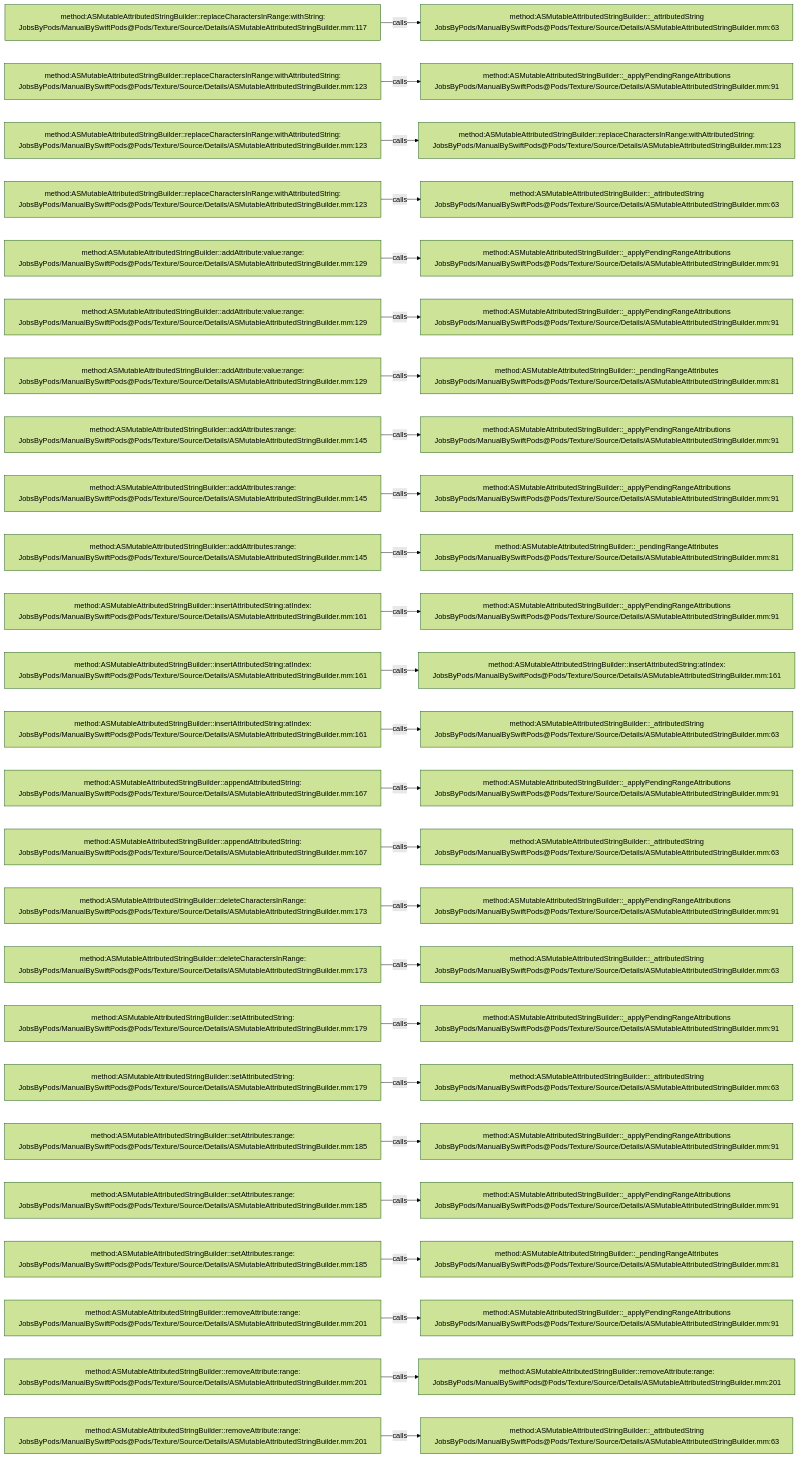
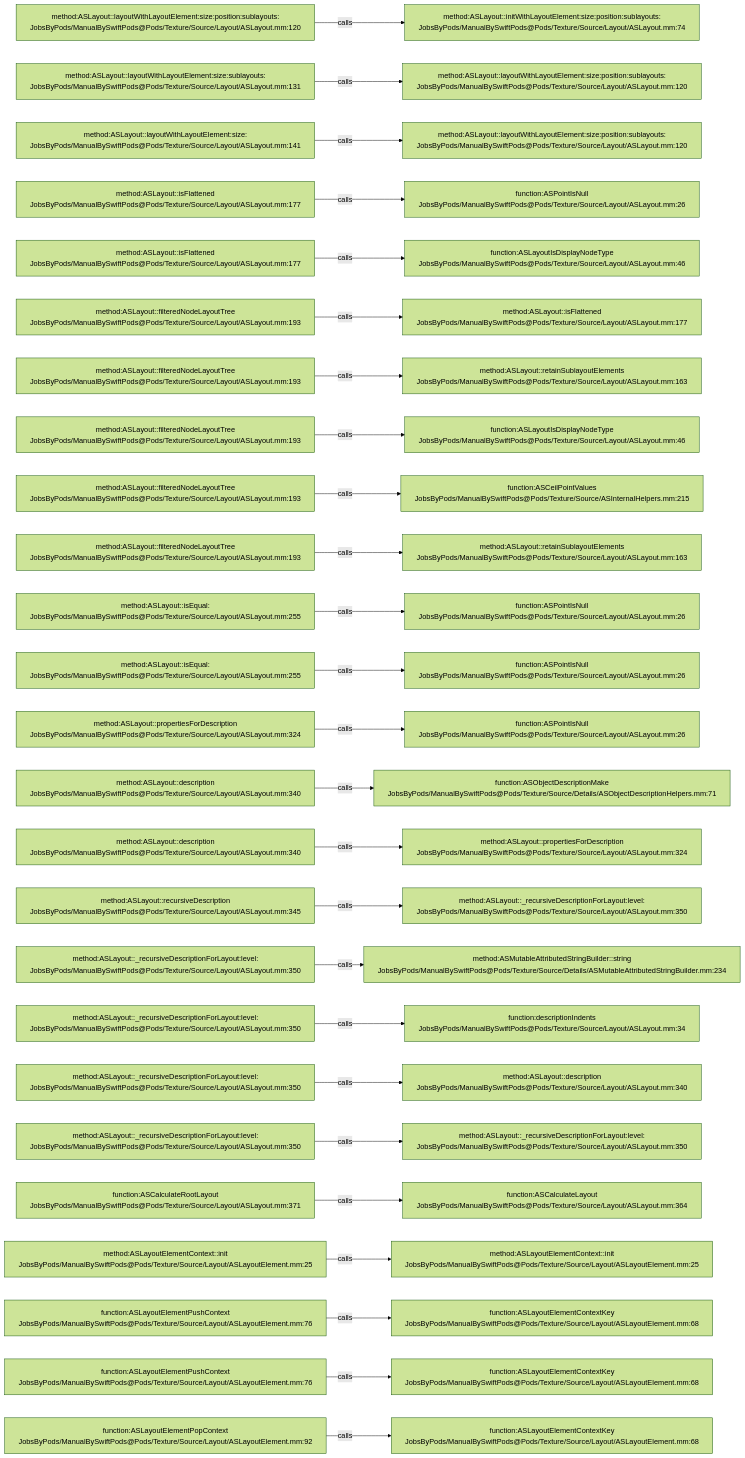
The diagram in .codegraph/codegraph.md/graphs/calls-109.md (JobsKits/JobsSwiftBaseConfigDemo), drawn with Mermaid (forest theme) before and after one commit. The commit also changed 832 other files, not shown here.

````diff
--- a/.codegraph/codegraph.md/graphs/calls-109.md
+++ b/.codegraph/codegraph.md/graphs/calls-109.md
@@ -13,78 +13,78 @@
 ```mermaid
 flowchart LR
-  S1["method:ASMutableAttributedStringBuilder::replaceCharactersInRange:withString:<br/>JobsByPods/ManualBySwiftPods@Pods/Texture/Source/Details/ASMutableAttributedStringBuilder.mm:117"]
-  T1["method:ASMutableAttributedStringBuilder::_attributedString<br/>JobsByPods/ManualBySwiftPods@Pods/Texture/Source/Details/ASMutableAttributedStringBuilder.mm:63"]
+  S1["method:ASLayout::layoutWithLayoutElement:size:position:sublayouts:<br/>JobsByPods/ManualBySwiftPods@Pods/Texture/Source/Layout/ASLayout.mm:120"]
+  T1["method:ASLayout::initWithLayoutElement:size:position:sublayouts:<br/>JobsByPods/ManualBySwiftPods@Pods/Texture/Source/Layout/ASLayout.mm:74"]
   S1 -->|calls| T1
-  S2["method:ASMutableAttributedStringBuilder::replaceCharactersInRange:withAttributedString:<br/>JobsByPods/ManualBySwiftPods@Pods/Texture/Source/Details/ASMutableAttributedStringBuilder.mm:123"]
-  T2["method:ASMutableAttributedStringBuilder::_applyPendingRangeAttributions<br/>JobsByPods/ManualBySwiftPods@Pods/Texture/Source/Details/ASMutableAttributedStringBuilder.mm:91"]
+  S2["method:ASLayout::layoutWithLayoutElement:size:sublayouts:<br/>JobsByPods/ManualBySwiftPods@Pods/Texture/Source/Layout/ASLayout.mm:131"]
+  T2["method:ASLayout::layoutWithLayoutElement:size:position:sublayouts:<br/>JobsByPods/ManualBySwiftPods@Pods/Texture/Source/Layout/ASLayout.mm:120"]
   S2 -->|calls| T2
-  S3["method:ASMutableAttributedStringBuilder::replaceCharactersInRange:withAttributedString:<br/>JobsByPods/ManualBySwiftPods@Pods/Texture/Source/Details/ASMutableAttributedStringBuilder.mm:123"]
-  T3["method:ASMutableAttributedStringBuilder::replaceCharactersInRange:withAttributedString:<br/>JobsByPods/ManualBySwiftPods@Pods/Texture/Source/Details/ASMutableAttributedStringBuilder.mm:123"]
+  S3["method:ASLayout::layoutWithLayoutElement:size:<br/>JobsByPods/ManualBySwiftPods@Pods/Texture/Source/Layout/ASLayout.mm:141"]
+  T3["method:ASLayout::layoutWithLayoutElement:size:position:sublayouts:<br/>JobsByPods/ManualBySwiftPods@Pods/Texture/Source/Layout/ASLayout.mm:120"]
   S3 -->|calls| T3
-  S4["method:ASMutableAttributedStringBuilder::replaceCharactersInRange:withAttributedString:<br/>JobsByPods/ManualBySwiftPods@Pods/Texture/Source/Details/ASMutableAttributedStringBuilder.mm:123"]
-  T4["method:ASMutableAttributedStringBuilder::_attributedString<br/>JobsByPods/ManualBySwiftPods@Pods/Texture/Source/Details/ASMutableAttributedStringBuilder.mm:63"]
+  S4["method:ASLayout::isFlattened<br/>JobsByPods/ManualBySwiftPods@Pods/Texture/Source/Layout/ASLayout.mm:177"]
+  T4["function:ASPointIsNull<br/>JobsByPods/ManualBySwiftPods@Pods/Texture/Source/Layout/ASLayout.mm:26"]
   S4 -->|calls| T4
-  S5["method:ASMutableAttributedStringBuilder::addAttribute:value:range:<br/>JobsByPods/ManualBySwiftPods@Pods/Texture/Source/Details/ASMutableAttributedStringBuilder.mm:129"]
-  T5["method:ASMutableAttributedStringBuilder::_applyPendingRangeAttributions<br/>JobsByPods/ManualBySwiftPods@Pods/Texture/Source/Details/ASMutableAttributedStringBuilder.mm:91"]
+  S5["method:ASLayout::isFlattened<br/>JobsByPods/ManualBySwiftPods@Pods/Texture/Source/Layout/ASLayout.mm:177"]
+  T5["function:ASLayoutIsDisplayNodeType<br/>JobsByPods/ManualBySwiftPods@Pods/Texture/Source/Layout/ASLayout.mm:46"]
   S5 -->|calls| T5
-  S6["method:ASMutableAttributedStringBuilder::addAttribute:value:range:<br/>JobsByPods/ManualBySwiftPods@Pods/Texture/Source/Details/ASMutableAttributedStringBuilder.mm:129"]
-  T6["method:ASMutableAttributedStringBuilder::_applyPendingRangeAttributions<br/>JobsByPods/ManualBySwiftPods@Pods/Texture/Source/Details/ASMutableAttributedStringBuilder.mm:91"]
+  S6["method:ASLayout::filteredNodeLayoutTree<br/>JobsByPods/ManualBySwiftPods@Pods/Texture/Source/Layout/ASLayout.mm:193"]
+  T6["method:ASLayout::isFlattened<br/>JobsByPods/ManualBySwiftPods@Pods/Texture/Source/Layout/ASLayout.mm:177"]
   S6 -->|calls| T6
-  S7["method:ASMutableAttributedStringBuilder::addAttribute:value:range:<br/>JobsByPods/ManualBySwiftPods@Pods/Texture/Source/Details/ASMutableAttributedStringBuilder.mm:129"]
-  T7["method:ASMutableAttributedStringBuilder::_pendingRangeAttributes<br/>JobsByPods/ManualBySwiftPods@Pods/Texture/Source/Details/ASMutableAttributedStringBuilder.mm:81"]
+  S7["method:ASLayout::filteredNodeLayoutTree<br/>JobsByPods/ManualBySwiftPods@Pods/Texture/Source/Layout/ASLayout.mm:193"]
+  T7["method:ASLayout::retainSublayoutElements<br/>JobsByPods/ManualBySwiftPods@Pods/Texture/Source/Layout/ASLayout.mm:163"]
   S7 -->|calls| T7
-  S8["method:ASMutableAttributedStringBuilder::addAttributes:range:<br/>JobsByPods/ManualBySwiftPods@Pods/Texture/Source/Details/ASMutableAttributedStringBuilder.mm:145"]
-  T8["method:ASMutableAttributedStringBuilder::_applyPendingRangeAttributions<br/>JobsByPods/ManualBySwiftPods@Pods/Texture/Source/Details/ASMutableAttributedStringBuilder.mm:91"]
+  S8["method:ASLayout::filteredNodeLayoutTree<br/>JobsByPods/ManualBySwiftPods@Pods/Texture/Source/Layout/ASLayout.mm:193"]
+  T8["function:ASLayoutIsDisplayNodeType<br/>JobsByPods/ManualBySwiftPods@Pods/Texture/Source/Layout/ASLayout.mm:46"]
   S8 -->|calls| T8
-  S9["method:ASMutableAttributedStringBuilder::addAttributes:range:<br/>JobsByPods/ManualBySwiftPods@Pods/Texture/Source/Details/ASMutableAttributedStringBuilder.mm:145"]
-  T9["method:ASMutableAttributedStringBuilder::_applyPendingRangeAttributions<br/>JobsByPods/ManualBySwiftPods@Pods/Texture/Source/Details/ASMutableAttributedStringBuilder.mm:91"]
+  S9["method:ASLayout::filteredNodeLayoutTree<br/>JobsByPods/ManualBySwiftPods@Pods/Texture/Source/Layout/ASLayout.mm:193"]
+  T9["function:ASCeilPointValues<br/>JobsByPods/ManualBySwiftPods@Pods/Texture/Source/ASInternalHelpers.mm:215"]
   S9 -->|calls| T9
-  S10["method:ASMutableAttributedStringBuilder::addAttributes:range:<br/>JobsByPods/ManualBySwiftPods@Pods/Texture/Source/Details/ASMutableAttributedStringBuilder.mm:145"]
-  T10["method:ASMutableAttributedStringBuilder::_pendingRangeAttributes<br/>JobsByPods/ManualBySwiftPods@Pods/Texture/Source/Details/ASMutableAttributedStringBuilder.mm:81"]
+  S10["method:ASLayout::filteredNodeLayoutTree<br/>JobsByPods/ManualBySwiftPods@Pods/Texture/Source/Layout/ASLayout.mm:193"]
+  T10["method:ASLayout::retainSublayoutElements<br/>JobsByPods/ManualBySwiftPods@Pods/Texture/Source/Layout/ASLayout.mm:163"]
   S10 -->|calls| T10
-  S11["method:ASMutableAttributedStringBuilder::insertAttributedString:atIndex:<br/>JobsByPods/ManualBySwiftPods@Pods/Texture/Source/Details/ASMutableAttributedStringBuilder.mm:161"]
-  T11["method:ASMutableAttributedStringBuilder::_applyPendingRangeAttributions<br/>JobsByPods/ManualBySwiftPods@Pods/Texture/Source/Details/ASMutableAttributedStringBuilder.mm:91"]
+  S11["method:ASLayout::isEqual:<br/>JobsByPods/ManualBySwiftPods@Pods/Texture/Source/Layout/ASLayout.mm:255"]
+  T11["function:ASPointIsNull<br/>JobsByPods/ManualBySwiftPods@Pods/Texture/Source/Layout/ASLayout.mm:26"]
   S11 -->|calls| T11
-  S12["method:ASMutableAttributedStringBuilder::insertAttributedString:atIndex:<br/>JobsByPods/ManualBySwiftPods@Pods/Texture/Source/Details/ASMutableAttributedStringBuilder.mm:161"]
-  T12["method:ASMutableAttributedStringBuilder::insertAttributedString:atIndex:<br/>JobsByPods/ManualBySwiftPods@Pods/Texture/Source/Details/ASMutableAttributedStringBuilder.mm:161"]
+  S12["method:ASLayout::isEqual:<br/>JobsByPods/ManualBySwiftPods@Pods/Texture/Source/Layout/ASLayout.mm:255"]
+  T12["function:ASPointIsNull<br/>JobsByPods/ManualBySwiftPods@Pods/Texture/Source/Layout/ASLayout.mm:26"]
   S12 -->|calls| T12
-  S13["method:ASMutableAttributedStringBuilder::insertAttributedString:atIndex:<br/>JobsByPods/ManualBySwiftPods@Pods/Texture/Source/Details/ASMutableAttributedStringBuilder.mm:161"]
-  T13["method:ASMutableAttributedStringBuilder::_attributedString<br/>JobsByPods/ManualBySwiftPods@Pods/Texture/Source/Details/ASMutableAttributedStringBuilder.mm:63"]
+  S13["method:ASLayout::propertiesForDescription<br/>JobsByPods/ManualBySwiftPods@Pods/Texture/Source/Layout/ASLayout.mm:324"]
+  T13["function:ASPointIsNull<br/>JobsByPods/ManualBySwiftPods@Pods/Texture/Source/Layout/ASLayout.mm:26"]
   S13 -->|calls| T13
-  S14["method:ASMutableAttributedStringBuilder::appendAttributedString:<br/>JobsByPods/ManualBySwiftPods@Pods/Texture/Source/Details/ASMutableAttributedStringBuilder.mm:167"]
-  T14["method:ASMutableAttributedStringBuilder::_applyPendingRangeAttributions<br/>JobsByPods/ManualBySwiftPods@Pods/Texture/Source/Details/ASMutableAttributedStringBuilder.mm:91"]
+  S14["method:ASLayout::description<br/>JobsByPods/ManualBySwiftPods@Pods/Texture/Source/Layout/ASLayout.mm:340"]
+  T14["function:ASObjectDescriptionMake<br/>JobsByPods/ManualBySwiftPods@Pods/Texture/Source/Details/ASObjectDescriptionHelpers.mm:71"]
   S14 -->|calls| T14
-  S15["method:ASMutableAttributedStringBuilder::appendAttributedString:<br/>JobsByPods/ManualBySwiftPods@Pods/Texture/Source/Details/ASMutableAttributedStringBuilder.mm:167"]
-  T15["method:ASMutableAttributedStringBuilder::_attributedString<br/>JobsByPods/ManualBySwiftPods@Pods/Texture/Source/Details/ASMutableAttributedStringBuilder.mm:63"]
+  S15["method:ASLayout::description<br/>JobsByPods/ManualBySwiftPods@Pods/Texture/Source/Layout/ASLayout.mm:340"]
+  T15["method:ASLayout::propertiesForDescription<br/>JobsByPods/ManualBySwiftPods@Pods/Texture/Source/Layout/ASLayout.mm:324"]
   S15 -->|calls| T15
-  S16["method:ASMutableAttributedStringBuilder::deleteCharactersInRange:<br/>JobsByPods/ManualBySwiftPods@Pods/Texture/Source/Details/ASMutableAttributedStringBuilder.mm:173"]
-  T16["method:ASMutableAttributedStringBuilder::_applyPendingRangeAttributions<br/>JobsByPods/ManualBySwiftPods@Pods/Texture/Source/Details/ASMutableAttributedStringBuilder.mm:91"]
+  S16["method:ASLayout::recursiveDescription<br/>JobsByPods/ManualBySwiftPods@Pods/Texture/Source/Layout/ASLayout.mm:345"]
+  T16["method:ASLayout::_recursiveDescriptionForLayout:level:<br/>JobsByPods/ManualBySwiftPods@Pods/Texture/Source/Layout/ASLayout.mm:350"]
   S16 -->|calls| T16
-  S17["method:ASMutableAttributedStringBuilder::deleteCharactersInRange:<br/>JobsByPods/ManualBySwiftPods@Pods/Texture/Source/Details/ASMutableAttributedStringBuilder.mm:173"]
-  T17["method:ASMutableAttributedStringBuilder::_attributedString<br/>JobsByPods/ManualBySwiftPods@Pods/Texture/Source/Details/ASMutableAttributedStringBuilder.mm:63"]
+  S17["method:ASLayout::_recursiveDescriptionForLayout:level:<br/>JobsByPods/ManualBySwiftPods@Pods/Texture/Source/Layout/ASLayout.mm:350"]
+  T17["method:ASMutableAttributedStringBuilder::string<br/>JobsByPods/ManualBySwiftPods@Pods/Texture/Source/Details/ASMutableAttributedStringBuilder.mm:234"]
   S17 -->|calls| T17
-  S18["method:ASMutableAttributedStringBuilder::setAttributedString:<br/>JobsByPods/ManualBySwiftPods@Pods/Texture/Source/Details/ASMutableAttributedStringBuilder.mm:179"]
-  T18["method:ASMutableAttributedStringBuilder::_applyPendingRangeAttributions<br/>JobsByPods/ManualBySwiftPods@Pods/Texture/Source/Details/ASMutableAttributedStringBuilder.mm:91"]
+  S18["method:ASLayout::_recursiveDescriptionForLayout:level:<br/>JobsByPods/ManualBySwiftPods@Pods/Texture/Source/Layout/ASLayout.mm:350"]
+  T18["function:descriptionIndents<br/>JobsByPods/ManualBySwiftPods@Pods/Texture/Source/Layout/ASLayout.mm:34"]
   S18 -->|calls| T18
-  S19["method:ASMutableAttributedStringBuilder::setAttributedString:<br/>JobsByPods/ManualBySwiftPods@Pods/Texture/Source/Details/ASMutableAttributedStringBuilder.mm:179"]
-  T19["method:ASMutableAttributedStringBuilder::_attributedString<br/>JobsByPods/ManualBySwiftPods@Pods/Texture/Source/Details/ASMutableAttributedStringBuilder.mm:63"]
+  S19["method:ASLayout::_recursiveDescriptionForLayout:level:<br/>JobsByPods/ManualBySwiftPods@Pods/Texture/Source/Layout/ASLayout.mm:350"]
+  T19["method:ASLayout::description<br/>JobsByPods/ManualBySwiftPods@Pods/Texture/Source/Layout/ASLayout.mm:340"]
   S19 -->|calls| T19
-  S20["method:ASMutableAttributedStringBuilder::setAttributes:range:<br/>JobsByPods/ManualBySwiftPods@Pods/Texture/Source/Details/ASMutableAttributedStringBuilder.mm:185"]
-  T20["method:ASMutableAttributedStringBuilder::_applyPendingRangeAttributions<br/>JobsByPods/ManualBySwiftPods@Pods/Texture/Source/Details/ASMutableAttributedStringBuilder.mm:91"]
+  S20["method:ASLayout::_recursiveDescriptionForLayout:level:<br/>JobsByPods/ManualBySwiftPods@Pods/Texture/Source/Layout/ASLayout.mm:350"]
+  T20["method:ASLayout::_recursiveDescriptionForLayout:level:<br/>JobsByPods/ManualBySwiftPods@Pods/Texture/Source/Layout/ASLayout.mm:350"]
   S20 -->|calls| T20
-  S21["method:ASMutableAttributedStringBuilder::setAttributes:range:<br/>JobsByPods/ManualBySwiftPods@Pods/Texture/Source/Details/ASMutableAttributedStringBuilder.mm:185"]
-  T21["method:ASMutableAttributedStringBuilder::_applyPendingRangeAttributions<br/>JobsByPods/ManualBySwiftPods@Pods/Texture/Source/Details/ASMutableAttributedStringBuilder.mm:91"]
+  S21["function:ASCalculateRootLayout<br/>JobsByPods/ManualBySwiftPods@Pods/Texture/Source/Layout/ASLayout.mm:371"]
+  T21["function:ASCalculateLayout<br/>JobsByPods/ManualBySwiftPods@Pods/Texture/Source/Layout/ASLayout.mm:364"]
   S21 -->|calls| T21
-  S22["method:ASMutableAttributedStringBuilder::setAttributes:range:<br/>JobsByPods/ManualBySwiftPods@Pods/Texture/Source/Details/ASMutableAttributedStringBuilder.mm:185"]
-  T22["method:ASMutableAttributedStringBuilder::_pendingRangeAttributes<br/>JobsByPods/ManualBySwiftPods@Pods/Texture/Source/Details/ASMutableAttributedStringBuilder.mm:81"]
+  S22["method:ASLayoutElementContext::init<br/>JobsByPods/ManualBySwiftPods@Pods/Texture/Source/Layout/ASLayoutElement.mm:25"]
+  T22["method:ASLayoutElementContext::init<br/>JobsByPods/ManualBySwiftPods@Pods/Texture/Source/Layout/ASLayoutElement.mm:25"]
   S22 -->|calls| T22
-  S23["method:ASMutableAttributedStringBuilder::removeAttribute:range:<br/>JobsByPods/ManualBySwiftPods@Pods/Texture/Source/Details/ASMutableAttributedStringBuilder.mm:201"]
-  T23["method:ASMutableAttributedStringBuilder::_applyPendingRangeAttributions<br/>JobsByPods/ManualBySwiftPods@Pods/Texture/Source/Details/ASMutableAttributedStringBuilder.mm:91"]
+  S23["function:ASLayoutElementPushContext<br/>JobsByPods/ManualBySwiftPods@Pods/Texture/Source/Layout/ASLayoutElement.mm:76"]
+  T23["function:ASLayoutElementContextKey<br/>JobsByPods/ManualBySwiftPods@Pods/Texture/Source/Layout/ASLayoutElement.mm:68"]
   S23 -->|calls| T23
-  S24["method:ASMutableAttributedStringBuilder::removeAttribute:range:<br/>JobsByPods/ManualBySwiftPods@Pods/Texture/Source/Details/ASMutableAttributedStringBuilder.mm:201"]
-  T24["method:ASMutableAttributedStringBuilder::removeAttribute:range:<br/>JobsByPods/ManualBySwiftPods@Pods/Texture/Source/Details/ASMutableAttributedStringBuilder.mm:201"]
+  S24["function:ASLayoutElementPushContext<br/>JobsByPods/ManualBySwiftPods@Pods/Texture/Source/Layout/ASLayoutElement.mm:76"]
+  T24["function:ASLayoutElementContextKey<br/>JobsByPods/ManualBySwiftPods@Pods/Texture/Source/Layout/ASLayoutElement.mm:68"]
   S24 -->|calls| T24
-  S25["method:ASMutableAttributedStringBuilder::removeAttribute:range:<br/>JobsByPods/ManualBySwiftPods@Pods/Texture/Source/Details/ASMutableAttributedStringBuilder.mm:201"]
-  T25["method:ASMutableAttributedStringBuilder::_attributedString<br/>JobsByPods/ManualBySwiftPods@Pods/Texture/Source/Details/ASMutableAttributedStringBuilder.mm:63"]
+  S25["function:ASLayoutElementPopContext<br/>JobsByPods/ManualBySwiftPods@Pods/Texture/Source/Layout/ASLayoutElement.mm:92"]
+  T25["function:ASLayoutElementContextKey<br/>JobsByPods/ManualBySwiftPods@Pods/Texture/Source/Layout/ASLayoutElement.mm:68"]
   S25 -->|calls| T25
 ```
````
